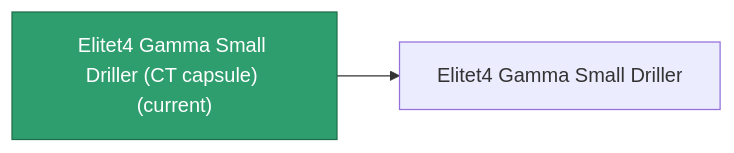
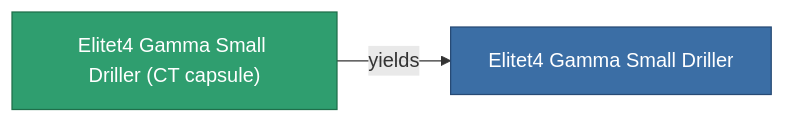
The diagram in content/content/items/elitet4_gamma_small_driller_CT_capsule.md (OpenPerpetuum/Wiki), drawn with Mermaid before and after one commit. The commit also changed other lines of this file and 2015 other files, not shown here.

````diff
--- a/content/content/items/elitet4_gamma_small_driller_CT_capsule.md
+++ b/content/content/items/elitet4_gamma_small_driller_CT_capsule.md
@@ -33,8 +33,9 @@
 ```mermaid
 graph LR
-    a["Elitet4 Gamma Small Driller (CT capsule) (current)"]:::current
-    b["Elitet4 Gamma Small Driller"]
-    a --> b
-    click b "/content/items/elitet4-gamma-small-driller/" "Elitet4 Gamma Small Driller"
+    a["Elitet4 Gamma Small Driller (CT capsule)"]:::current
+    b["Elitet4 Gamma Small Driller"]:::finished
+    a -->|yields| b
+                click b "/content/items/elitet4-gamma-small-driller/" "Elitet4 Gamma Small Driller"
     classDef current fill:#2f9e6f,stroke:#1f6f4a,color:#ffffff
+    classDef finished fill:#3b6ea5,stroke:#274a75,color:#ffffff
 ```
````
